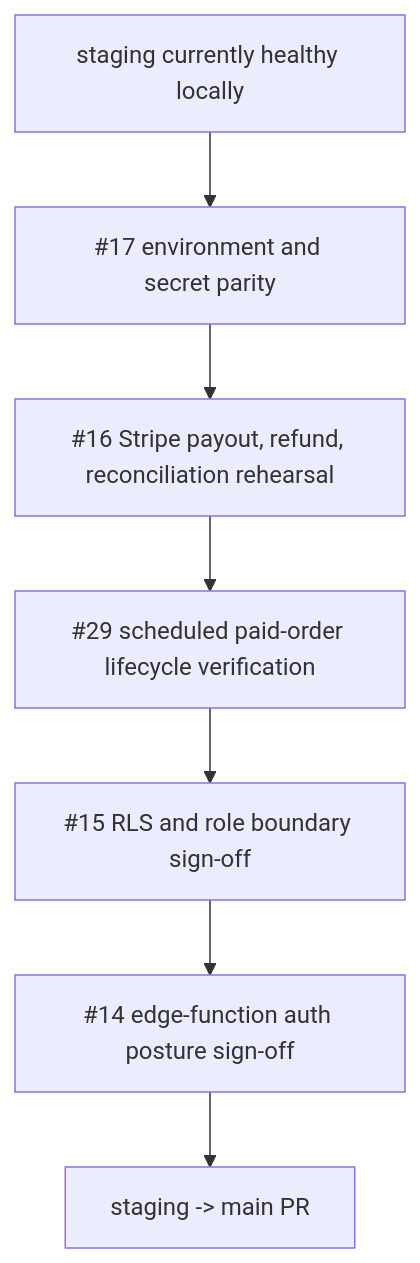
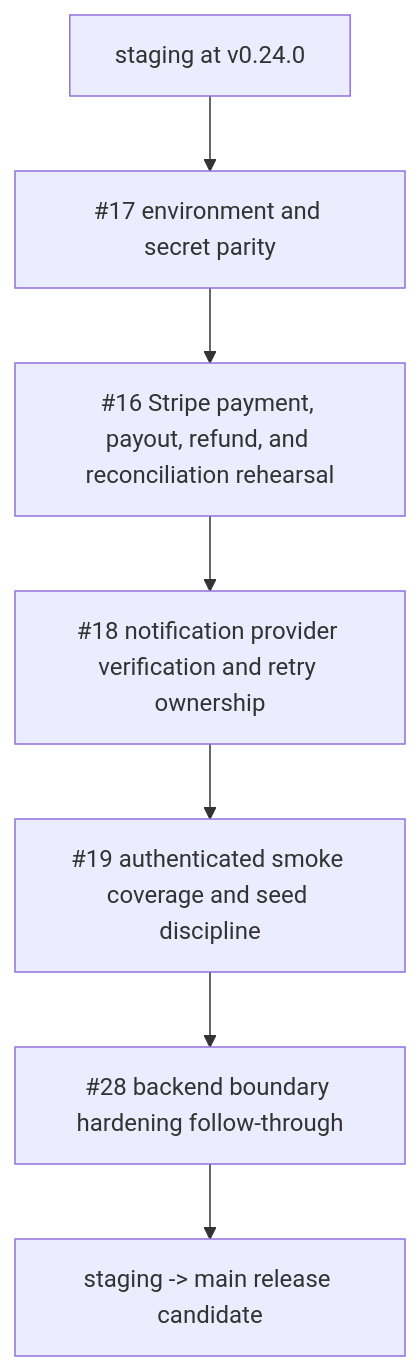
The second of 2 diagrams in docs/phase-5/PHASE_5_INTERNAL_DELIVERY_REPORT.md (DK-Digital-Designs/skiip), drawn with Mermaid before and after one commit. The commit also changed other lines of this file and 15 other files, not shown here.

````diff
--- a/docs/phase-5/PHASE_5_INTERNAL_DELIVERY_REPORT.md
+++ b/docs/phase-5/PHASE_5_INTERNAL_DELIVERY_REPORT.md
@@ -67,9 +89,9 @@
 ```mermaid
 flowchart TD
-    A["staging currently healthy locally"] --> B["#17 environment and secret parity"]
-    B --> C["#16 Stripe payout, refund, reconciliation rehearsal"]
-    C --> D["#29 scheduled paid-order lifecycle verification"]
-    D --> E["#15 RLS and role boundary sign-off"]
-    E --> F["#14 edge-function auth posture sign-off"]
-    F --> G["staging -> main PR"]
+    A["staging at v0.24.0"] --> B["#17 environment and secret parity"]
+    B --> C["#16 Stripe payment, payout, refund, and reconciliation rehearsal"]
+    C --> D["#18 notification provider verification and retry ownership"]
+    D --> E["#19 authenticated smoke coverage and seed discipline"]
+    E --> F["#28 backend boundary hardening follow-through"]
+    F --> G["staging -> main release candidate"]
 ```
````
